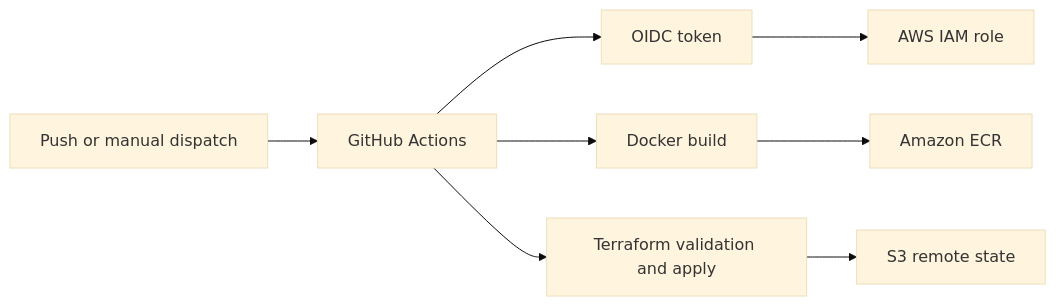
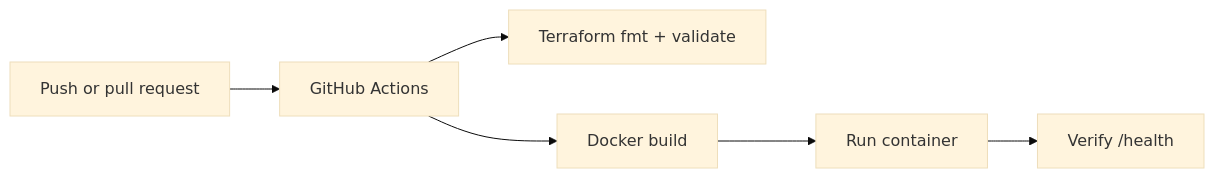
The diagram in README.md (titoiunit/aws-terraform-infrastructure), drawn with Mermaid (base theme) before and after one commit. The commit also changed other lines of this file and 11 other files, not shown here.

````diff
--- a/README.md
+++ b/README.md
@@ -22,10 +21,8 @@
 ```mermaid
 flowchart LR
-  P["Push or manual dispatch"] --> G["GitHub Actions"]
-  G --> O["OIDC token"]
-  O --> I["AWS IAM role"]
+  C["Push or pull request"] --> G["GitHub Actions"]
+  G --> T["Terraform fmt + validate"]
   G --> D["Docker build"]
-  D --> E["Amazon ECR"]
-  G --> T["Terraform validation and apply"]
-  T --> S["S3 remote state"]
+  D --> R["Run container"]
+  R --> H["Verify /health"]
 ```
````
